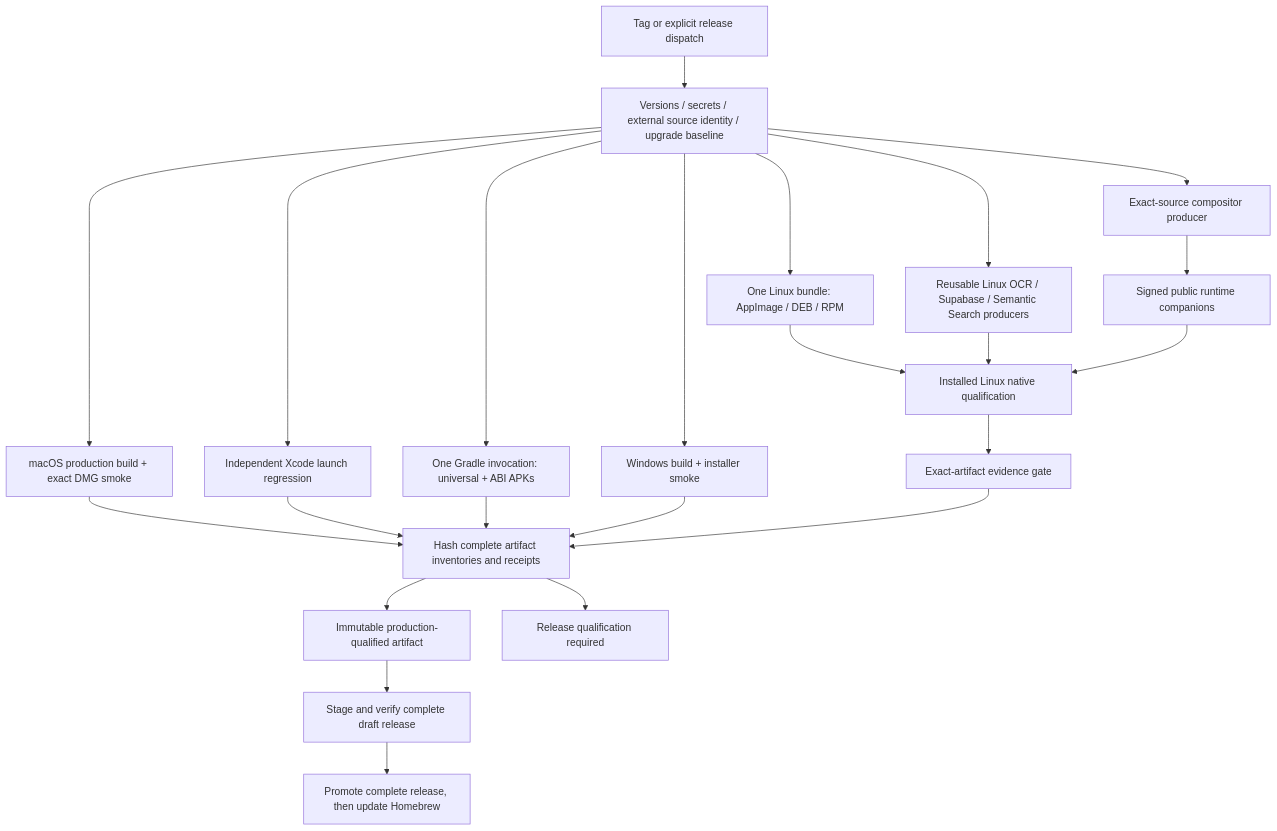
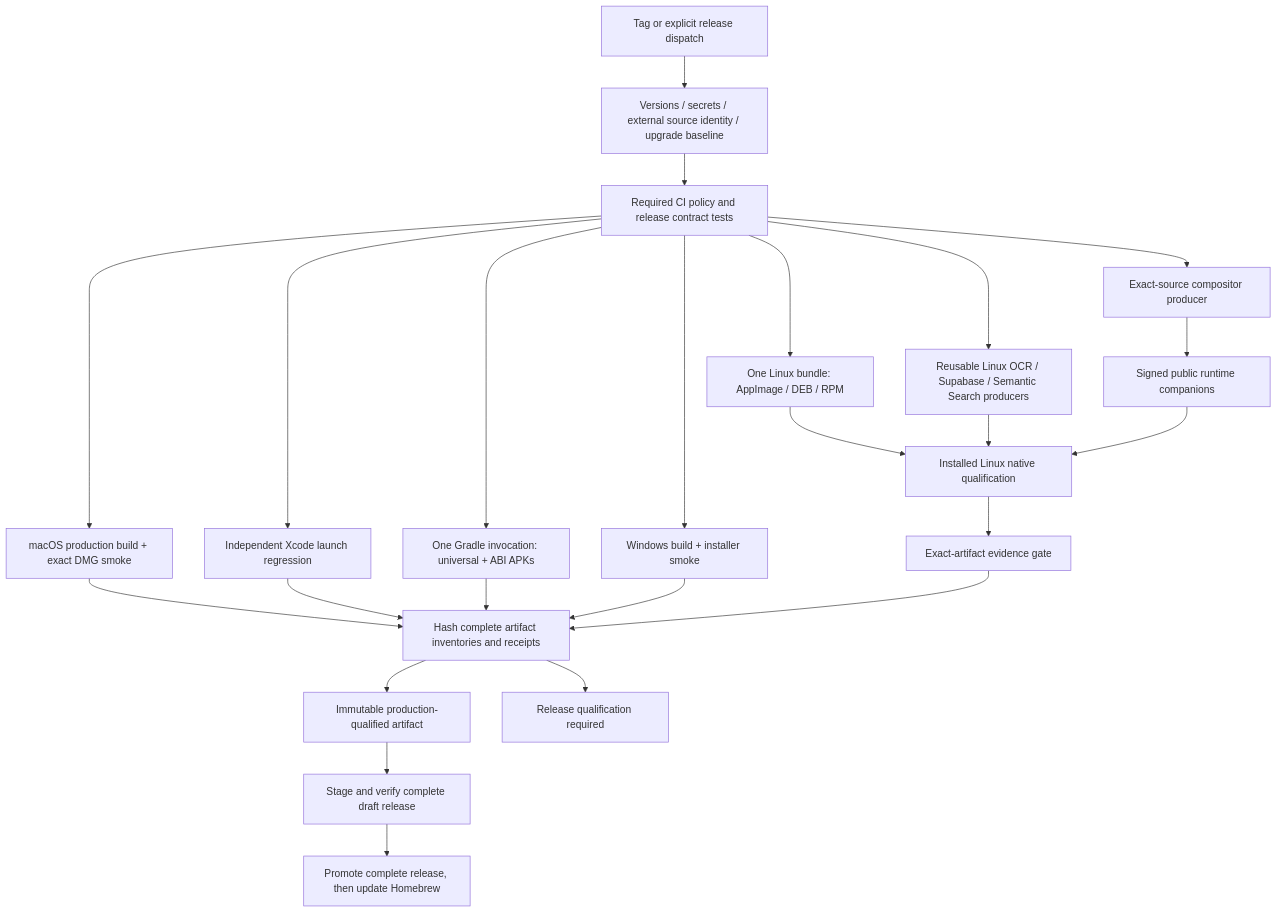
The second of 2 diagrams in docs/engineering/ci-architecture.md (dmytro-yevs/copypaste), drawn with Mermaid before and after one commit. The commit also changed other lines of this file and 5 other files, not shown here.

Commit message:
Require shared CI policy before release production

````diff
--- a/docs/engineering/ci-architecture.md
+++ b/docs/engineering/ci-architecture.md
@@ -21,25 +21,26 @@
 ```mermaid
 flowchart TD
   release[Tag or explicit release dispatch] --> preflight[Versions / secrets / external source identity / upgrade baseline]
-  preflight --> mac[macOS production build + exact DMG smoke]
-  preflight --> regression[Independent Xcode launch regression]
-  preflight --> android[One Gradle invocation: universal + ABI APKs]
-  preflight --> windows[Windows build + installer smoke]
-  preflight --> linux[One Linux bundle: AppImage / DEB / RPM]
-  preflight --> modules[Reusable Linux OCR / Supabase / Semantic Search producers]
-  preflight --> compositor[Exact-source compositor producer]
+  preflight --> policy[Required CI policy and release contract tests]
+  policy --> mac[macOS production build + exact DMG smoke]
+  policy --> regression[Independent Xcode launch regression]
+  policy --> android[One Gradle invocation: universal + ABI APKs]
+  policy --> windows[Windows build + installer smoke]
+  policy --> linux[One Linux bundle: AppImage / DEB / RPM]
+  policy --> modules[Reusable Linux OCR / Supabase / Semantic Search producers]
+  policy --> compositor[Exact-source compositor producer]
   compositor --> signed[Signed public runtime companions]
   linux --> desktop[Installed Linux native qualification]
   modules --> desktop
   signed --> desktop
   desktop --> evidence[Exact-artifact evidence gate]
   mac --> qualify[Hash complete artifact inventories and receipts]
   regression --> qualify
   android --> qualify
   windows --> qualify
   evidence --> qualify
   qualify --> archive[Immutable production-qualified artifact]
   archive --> draft[Stage and verify complete draft release]
   draft --> public[Promote complete release, then update Homebrew]
   qualify --> required[Release qualification required]
 ```
````
